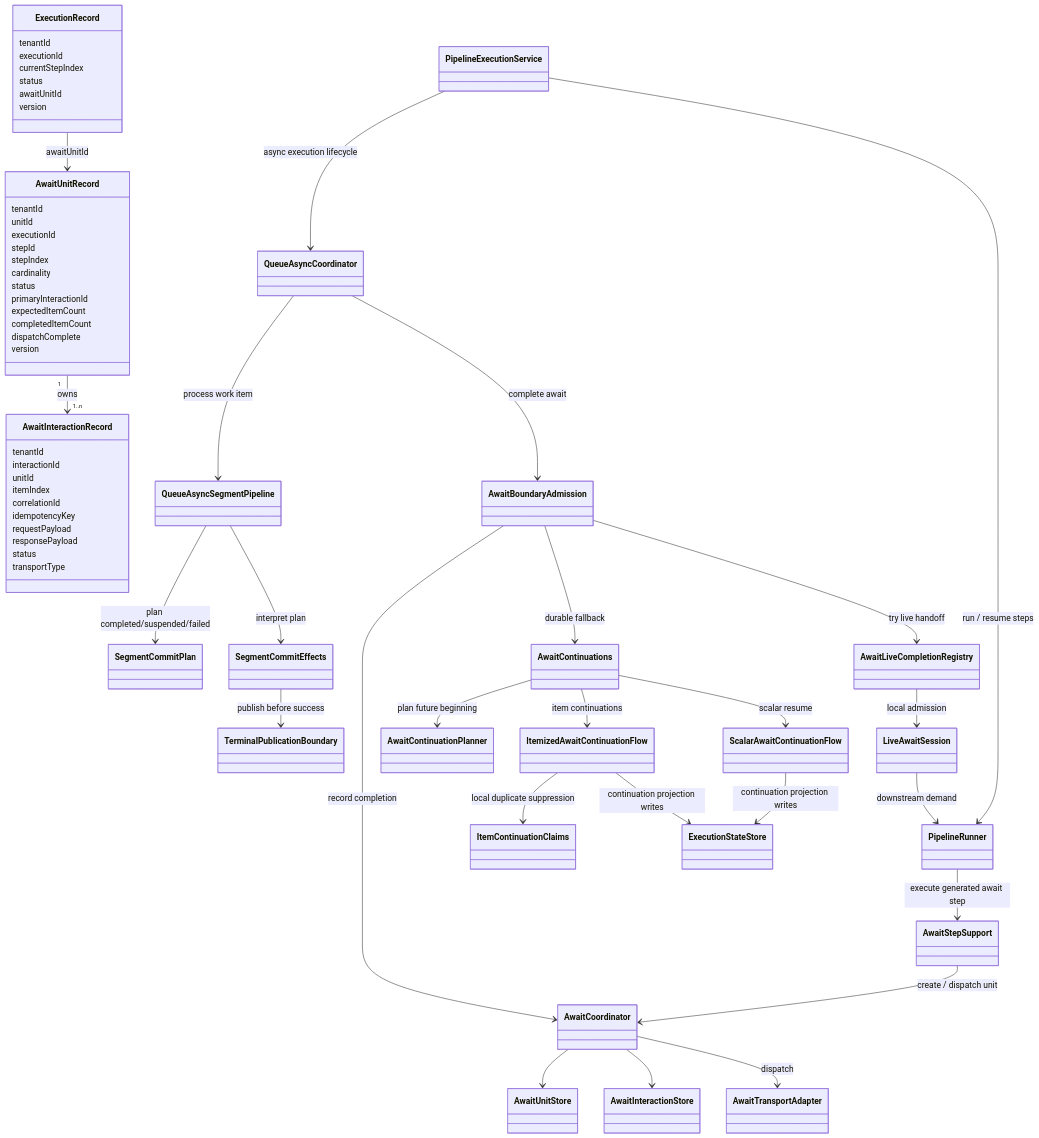
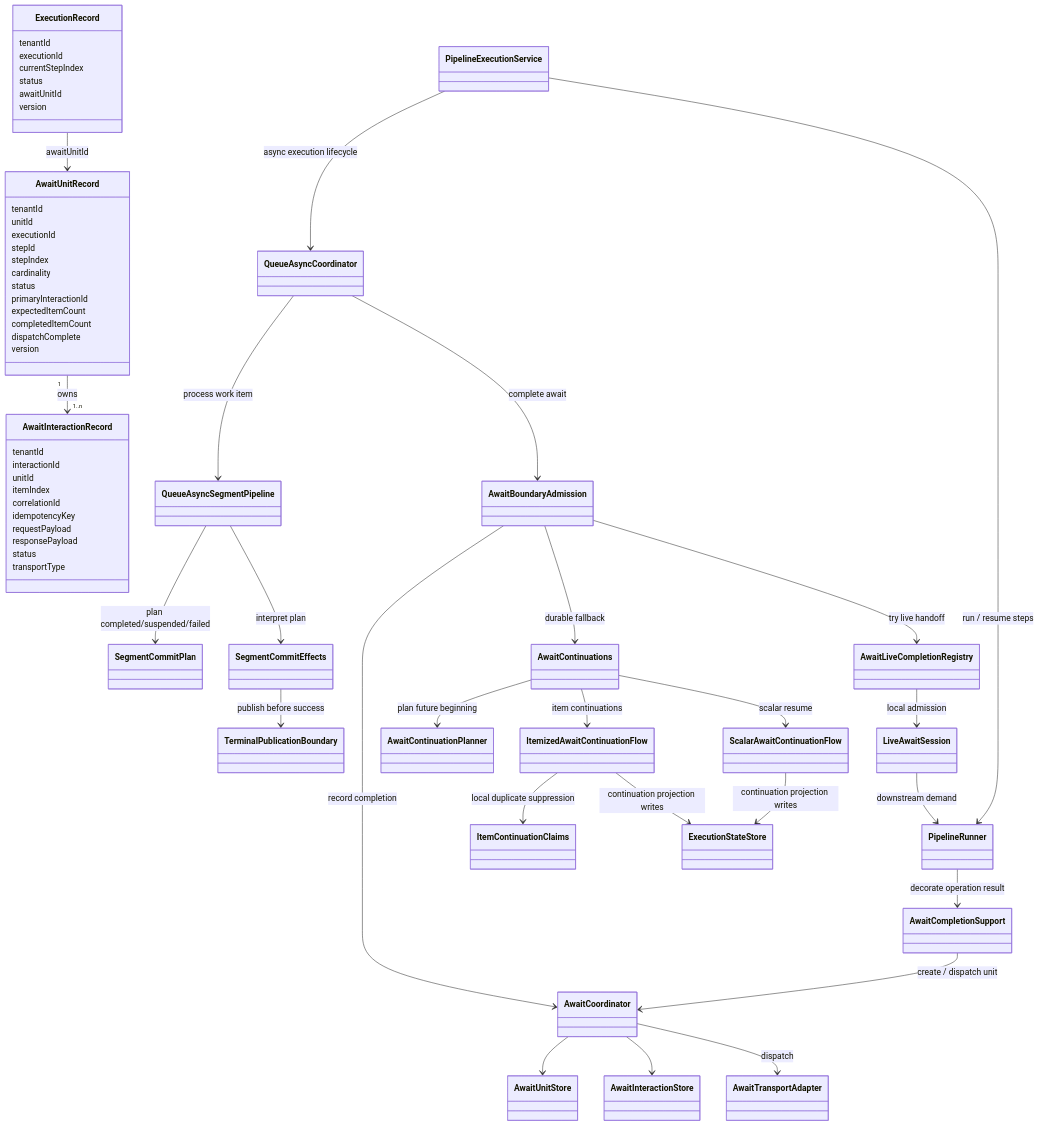
Before and after one commit to The-Pipeline-Framework/pipelineframework: the first of 2 diagrams in docs/evolve/await-unit-runtime/index.md, drawn with Mermaid. The commit also changed other lines of this file and 168 other files, not shown here.

Commit message:
Make Await an orthogonal deferred-completion modifier

```diff
--- a/docs/evolve/await-unit-runtime/index.md
+++ b/docs/evolve/await-unit-runtime/index.md
@@ -110,7 +110,7 @@
     class ScalarAwaitContinuationFlow
     class ItemizedAwaitContinuationFlow
     class ItemContinuationClaims
-    class AwaitStepSupport
+    class AwaitCompletionSupport
     class AwaitCoordinator
     class AwaitUnitStore
     class AwaitInteractionStore
@@ -120,8 +120,8 @@
     ExecutionRecord --> AwaitUnitRecord : awaitUnitId
     AwaitUnitRecord "1" --> "1..n" AwaitInteractionRecord : owns
     PipelineExecutionService --> PipelineRunner : run / resume steps
-    PipelineRunner --> AwaitStepSupport : execute generated await step
-    AwaitStepSupport --> AwaitCoordinator : create / dispatch unit
+    PipelineRunner --> AwaitCompletionSupport : decorate operation result
+    AwaitCompletionSupport --> AwaitCoordinator : create / dispatch unit
     PipelineExecutionService --> QueueAsyncCoordinator : async execution lifecycle
     QueueAsyncCoordinator --> QueueAsyncSegmentPipeline : process work item
     QueueAsyncSegmentPipeline --> SegmentCommitPlan : plan completed/suspended/failed
```
